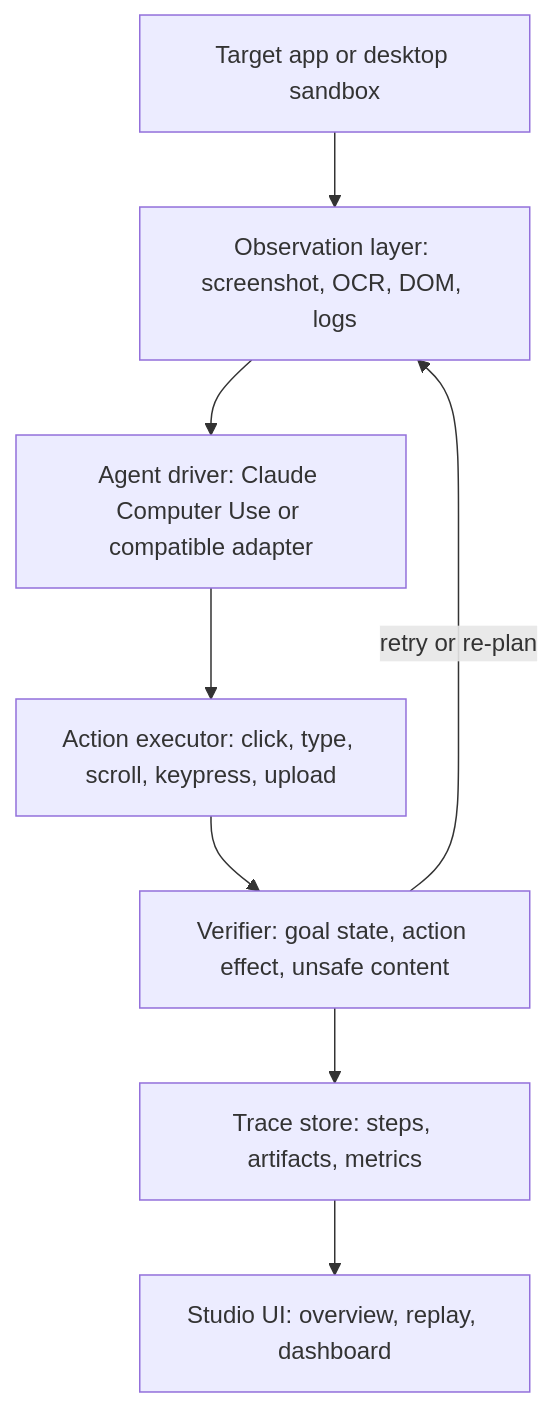
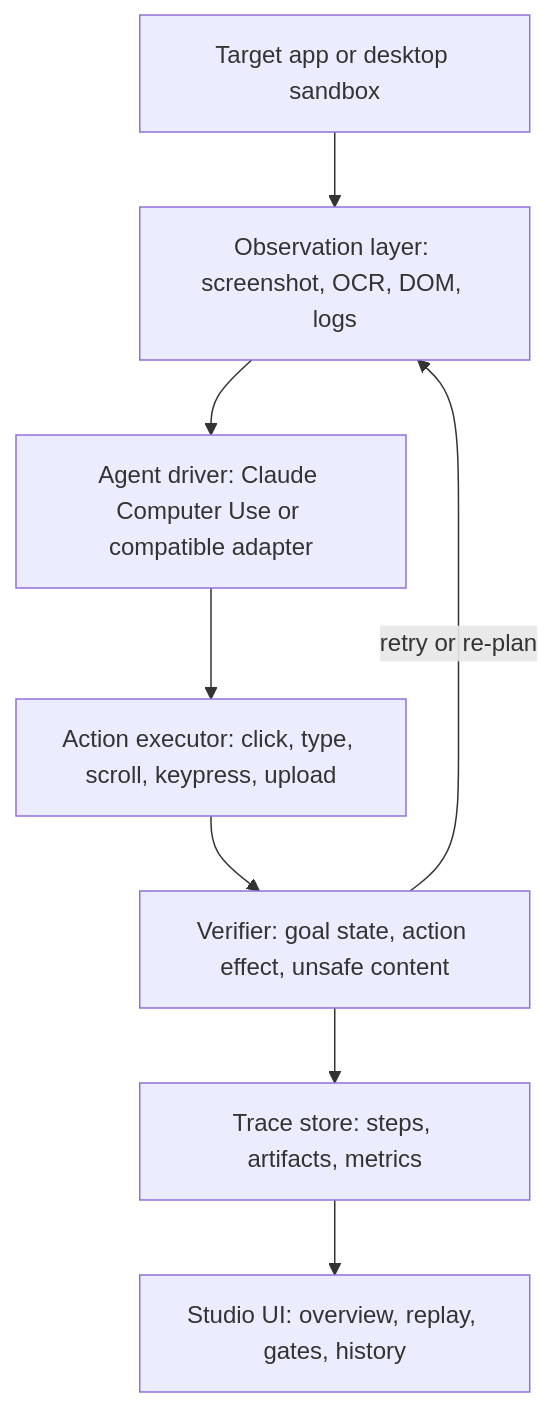
The diagram in README.md (metaforismo/tracepilot), drawn with Mermaid before and after one commit. The commit also changed other lines of this file and 17 other files, not shown here.

````diff
--- a/README.md
+++ b/README.md
@@ -86,10 +87,10 @@
 ```mermaid
 flowchart TD
   A["Target app or desktop sandbox"] --> B["Observation layer: screenshot, OCR, DOM, logs"]
   B --> C["Agent driver: Claude Computer Use or compatible adapter"]
   C --> D["Action executor: click, type, scroll, keypress, upload"]
   D --> E["Verifier: goal state, action effect, unsafe content"]
   E --> F["Trace store: steps, artifacts, metrics"]
   E -->|retry or re-plan| B
-  F --> G["Studio UI: overview, replay, dashboard"]
+  F --> G["Studio UI: overview, replay, gates, history"]
 ```
````
